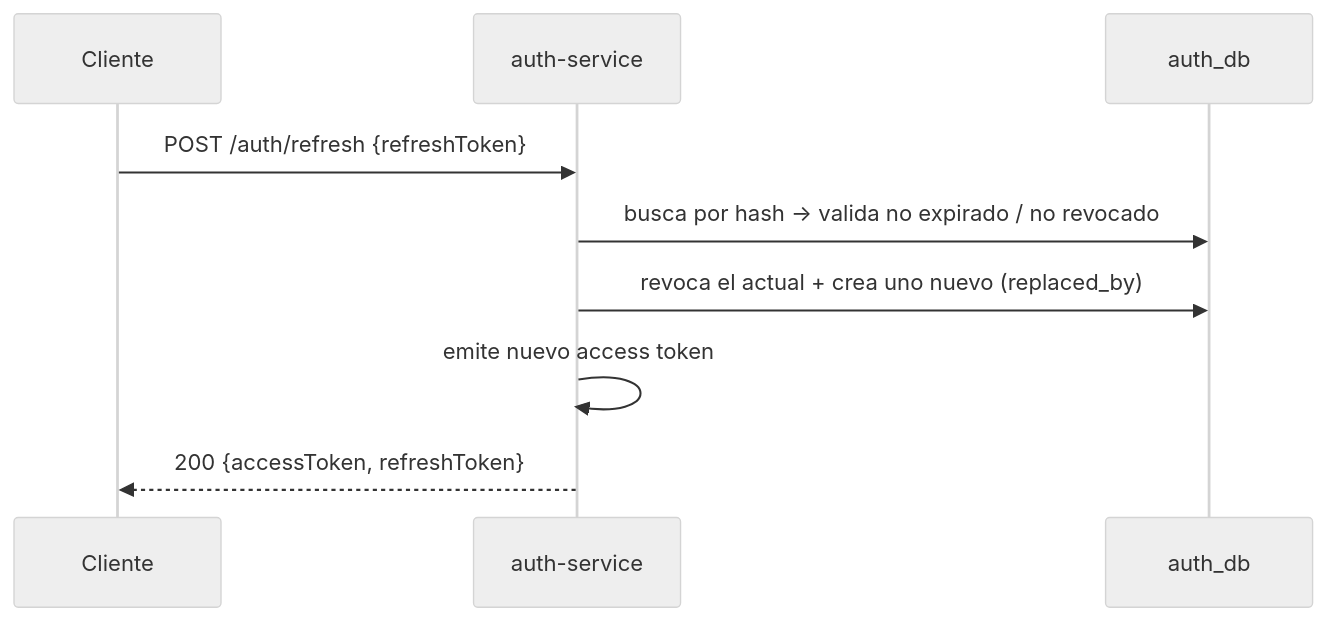
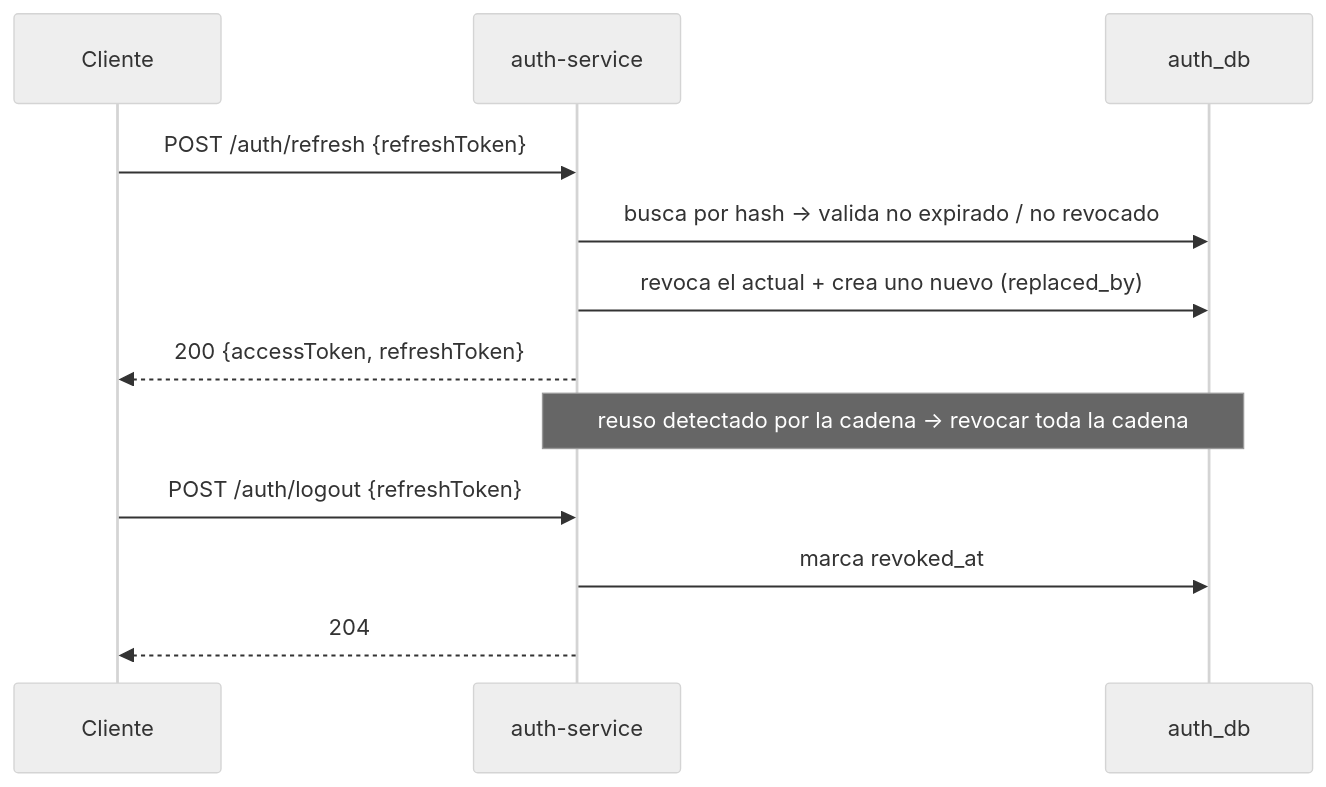
The sixth of 6 diagrams in README.md (facturero/auth-service-node), drawn with Mermaid (neutral theme) before and after one commit. The commit also changed other lines of this file and 58 other files, not shown here.

````diff
--- a/README.md
+++ b/README.md
@@ -321,11 +416,14 @@
 ```mermaid
 sequenceDiagram
     participant C as Cliente
     participant A as auth-service
     participant DB as auth_db
     C->>A: POST /auth/refresh {refreshToken}
     A->>DB: busca por hash → valida no expirado / no revocado
     A->>DB: revoca el actual + crea uno nuevo (replaced_by)
-    A->>A: emite nuevo access token
     A-->>C: 200 {accessToken, refreshToken}
+    Note over A,DB: reuso detectado por la cadena → revocar toda la cadena
+    C->>A: POST /auth/logout {refreshToken}
+    A->>DB: marca revoked_at
+    A-->>C: 204
 ```
````
